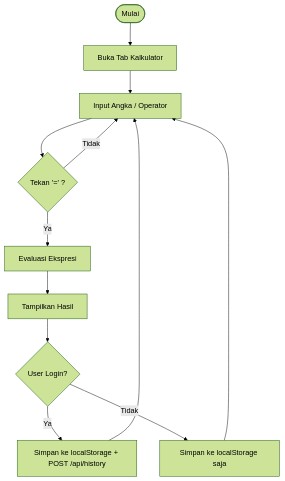
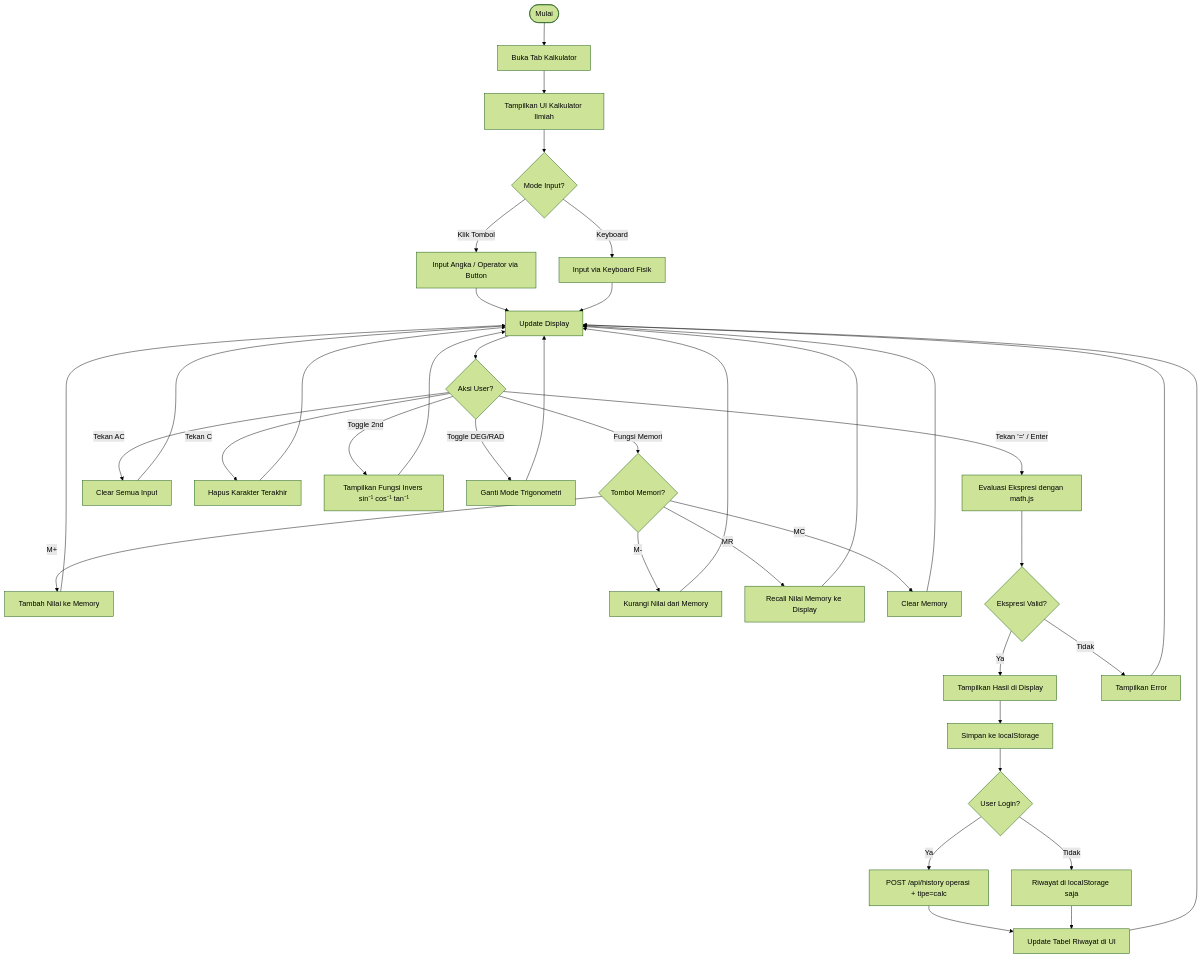
One commit to falcon-ioi/Caclcon changed the second of 15 diagrams in e-concalc-web/README.md. Above: the diagram before and after it, drawn with Mermaid (forest theme). The commit also changed other lines of this file, not shown here.

Commit message:
docs: expand activity diagrams with full detail (6 diagrams: kalkulator, konverter, mata uang, login, register, logout)

````diff
--- a/e-concalc-web/README.md
+++ b/e-concalc-web/README.md
@@ -137,14 +137,46 @@
 ```mermaid
 flowchart TD
     A([Mulai]) --> B[Buka Tab Kalkulator]
-    B --> C[Input Angka / Operator]
-    C --> D{Tekan '=' ?}
-    D -- Ya --> E[Evaluasi Ekspresi]
-    E --> F[Tampilkan Hasil]
-    F --> G{User Login?}
-    G -- Ya --> H[Simpan ke localStorage + POST /api/history]
-    G -- Tidak --> I[Simpan ke localStorage saja]
-    H --> C
-    I --> C
-    D -- Tidak --> C
+    B --> C[Tampilkan UI Kalkulator Ilmiah]
+    C --> D{Mode Input?}
+
+    D -- Klik Tombol --> E[Input Angka / Operator via Button]
+    D -- Keyboard --> F[Input via Keyboard Fisik]
+    E --> G[Update Display]
+    F --> G
+
+    G --> H{Aksi User?}
+    H -- Tekan '=' / Enter --> I[Evaluasi Ekspresi dengan math.js]
+    H -- Tekan AC --> J[Clear Semua Input]
+    H -- Tekan C --> K[Hapus Karakter Terakhir]
+    H -- Toggle 2nd --> L[Tampilkan Fungsi Invers sin⁻¹ cos⁻¹ tan⁻¹]
+    H -- Toggle DEG/RAD --> M[Ganti Mode Trigonometri]
+    H -- Fungsi Memori --> N{Tombol Memori?}
+
+    N -- M+ --> N1[Tambah Nilai ke Memory]
+    N -- M- --> N2[Kurangi Nilai dari Memory]
+    N -- MR --> N3[Recall Nilai Memory ke Display]
+    N -- MC --> N4[Clear Memory]
+    N1 --> G
+    N2 --> G
+    N3 --> G
+    N4 --> G
+
+    J --> G
+    K --> G
+    L --> G
+    M --> G
+
+    I --> O{Ekspresi Valid?}
+    O -- Ya --> P[Tampilkan Hasil di Display]
+    O -- Tidak --> Q[Tampilkan Error]
+    Q --> G
+
+    P --> R[Simpan ke localStorage]
+    R --> S{User Login?}
+    S -- Ya --> T[POST /api/history operasi + tipe=calc]
+    S -- Tidak --> U[Riwayat di localStorage saja]
+    T --> V[Update Tabel Riwayat di UI]
+    U --> V
+    V --> G
 ```
````
